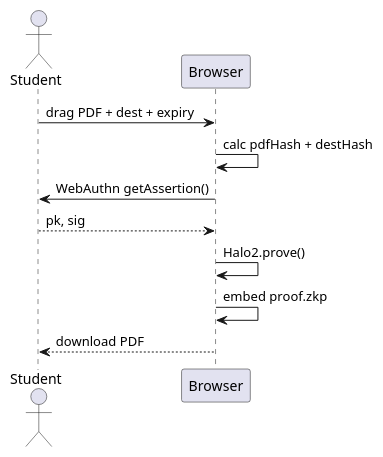
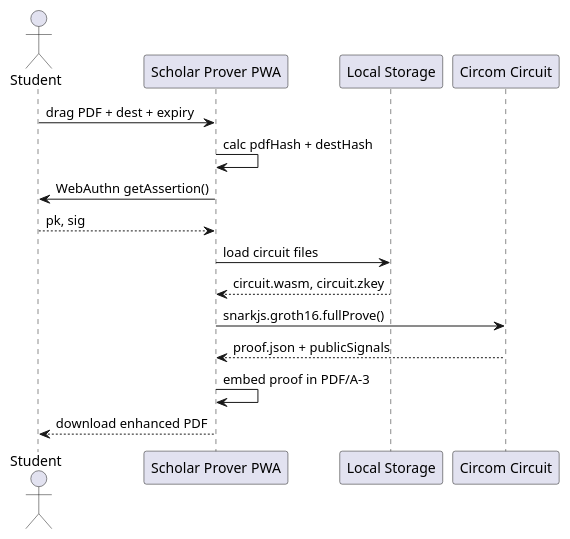
The second of 3 diagrams in documents/FSDv2.md (Blank-Vulture/Tri-CertFramework), drawn with PlantUML before and after one commit. The commit also changed other lines of this file and 19 other files, not shown here.

````diff
--- a/documents/FSDv2.md
+++ b/documents/FSDv2.md
@@ -37,13 +65,19 @@
 ```plantuml
 @startuml
 actor Student
-participant Browser
-Student -> Browser : drag PDF + dest + expiry
-Browser -> Browser : calc pdfHash + destHash
-Browser -> Student : WebAuthn getAssertion()
-Student --> Browser : pk, sig
-Browser -> Browser : Halo2.prove()
-Browser -> Browser : embed proof.zkp
-Browser --> Student : download PDF
+participant "Scholar Prover PWA" as PWA
+participant "Local Storage" as LS
+participant "Circom Circuit" as Circuit
+
+Student -> PWA : drag PDF + dest + expiry
+PWA -> PWA : calc pdfHash + destHash
+PWA -> Student : WebAuthn getAssertion()
+Student --> PWA : pk, sig
+PWA -> LS : load circuit files
+LS --> PWA : circuit.wasm, circuit.zkey
+PWA -> Circuit : snarkjs.groth16.fullProve()
+Circuit --> PWA : proof.json + publicSignals
+PWA -> PWA : embed proof in PDF/A-3
+PWA --> Student : download enhanced PDF
 @enduml
 ```
````
